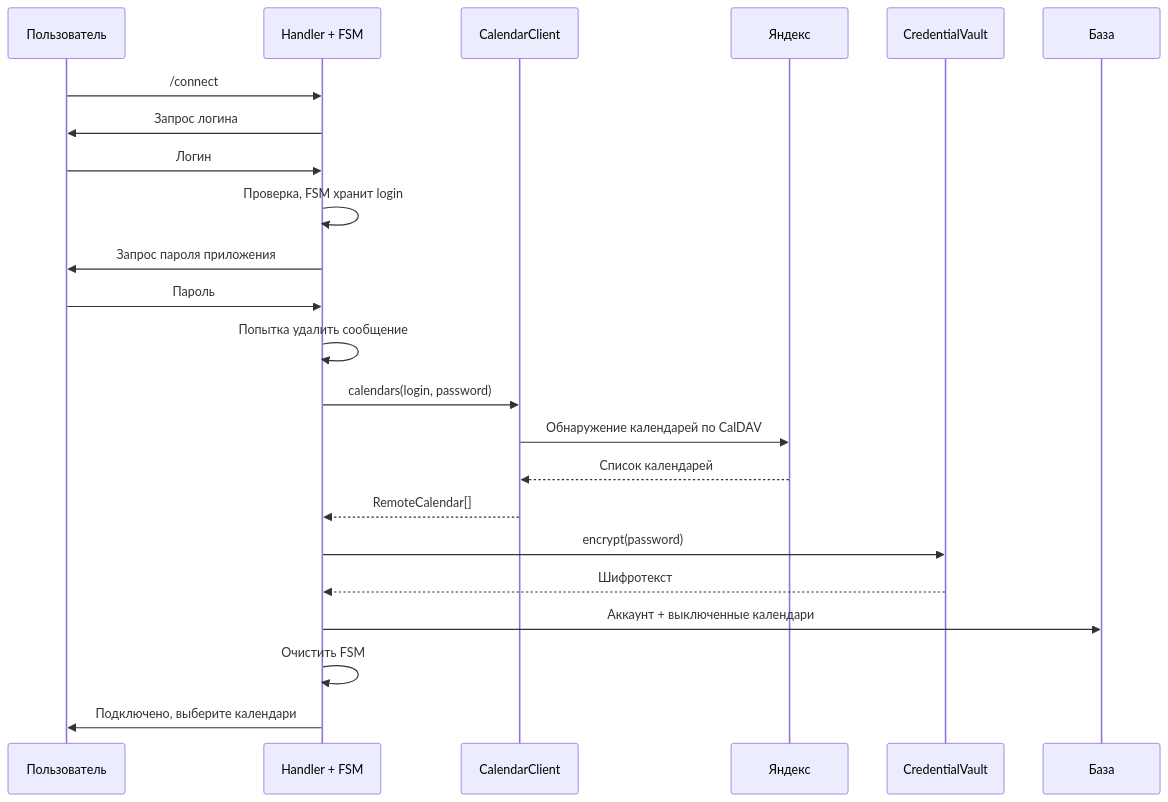
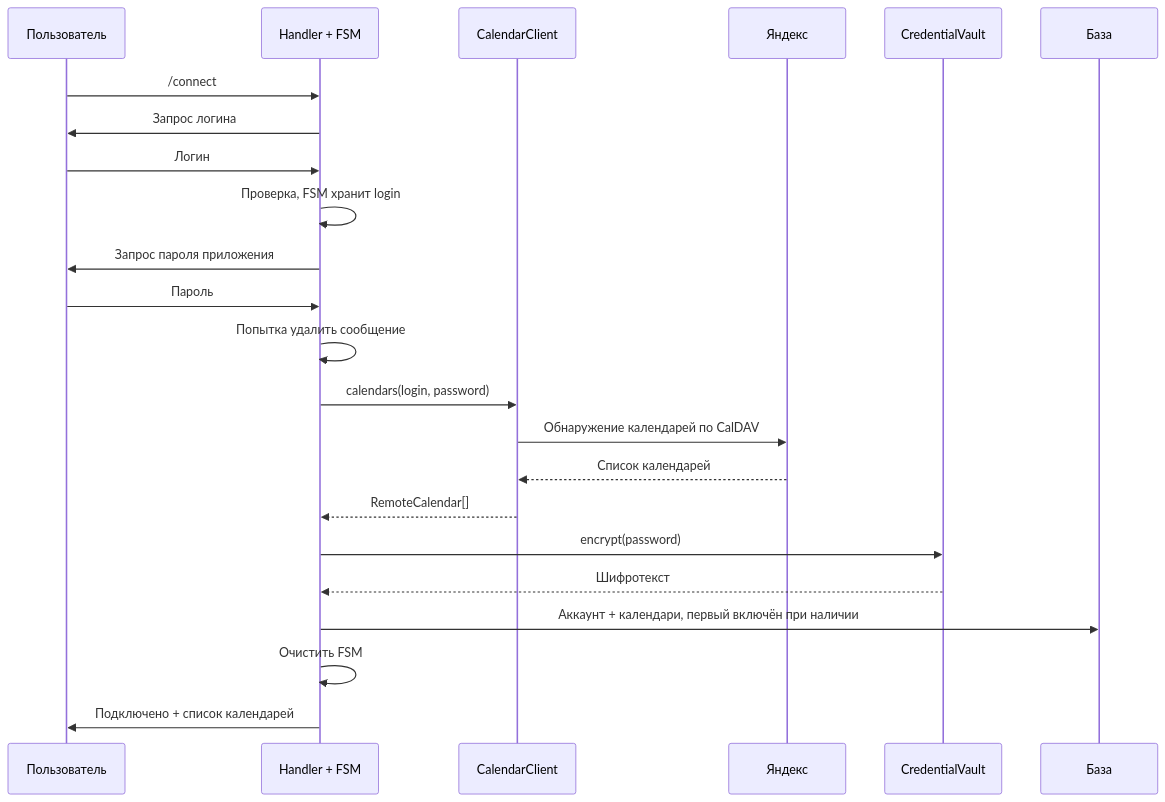
One commit to vochizhikov/caldav_2026 changed the third of 3 diagrams in docs/ARCHITECTURE_RU.md. Above: the diagram before and after it, drawn with Mermaid. The commit also changed other lines of this file and 4 other files, not shown here.

````diff
--- a/docs/ARCHITECTURE_RU.md
+++ b/docs/ARCHITECTURE_RU.md
@@ -1725,25 +1728,25 @@
 ```mermaid
 sequenceDiagram
     participant U as Пользователь
     participant H as Handler + FSM
     participant C as CalendarClient
     participant Y as Яндекс
     participant V as CredentialVault
     participant DB as База
     U->>H: /connect
     H->>U: Запрос логина
     U->>H: Логин
     H->>H: Проверка, FSM хранит login
     H->>U: Запрос пароля приложения
     U->>H: Пароль
     H->>H: Попытка удалить сообщение
     H->>C: calendars(login, password)
     C->>Y: Обнаружение календарей по CalDAV
     Y-->>C: Список календарей
     C-->>H: RemoteCalendar[]
     H->>V: encrypt(password)
     V-->>H: Шифротекст
-    H->>DB: Аккаунт + выключенные календари
+    H->>DB: Аккаунт + календари, первый включён при наличии
     H->>H: Очистить FSM
-    H->>U: Подключено, выберите календари
+    H->>U: Подключено + список календарей
 ```
````
